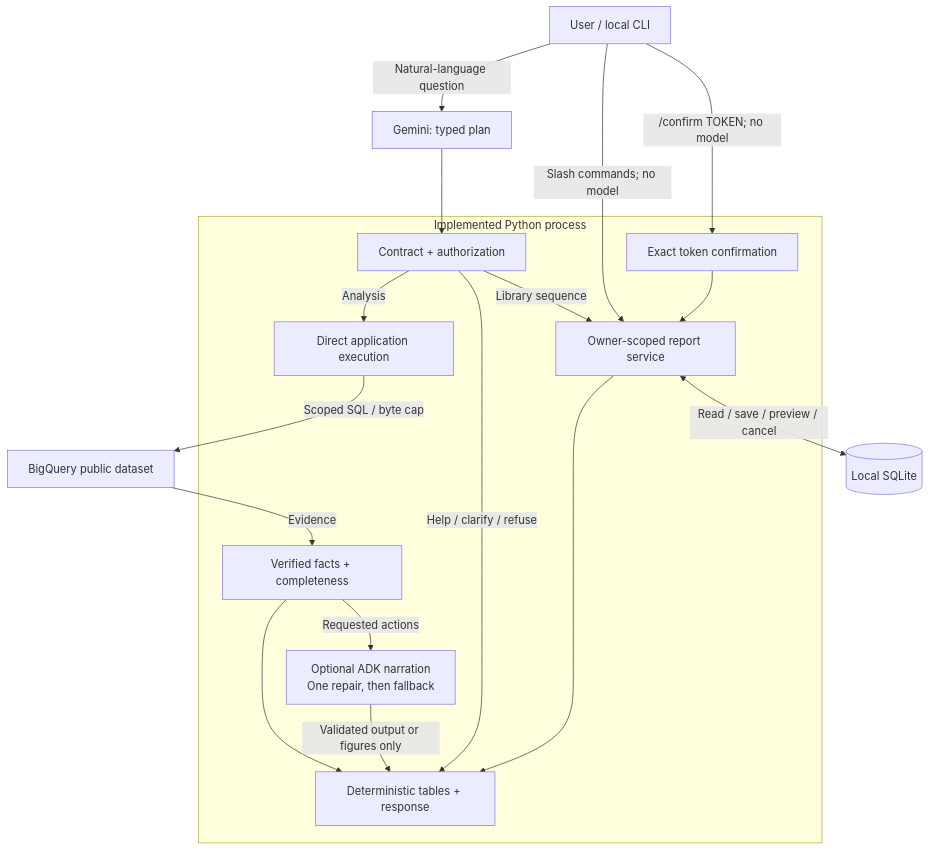
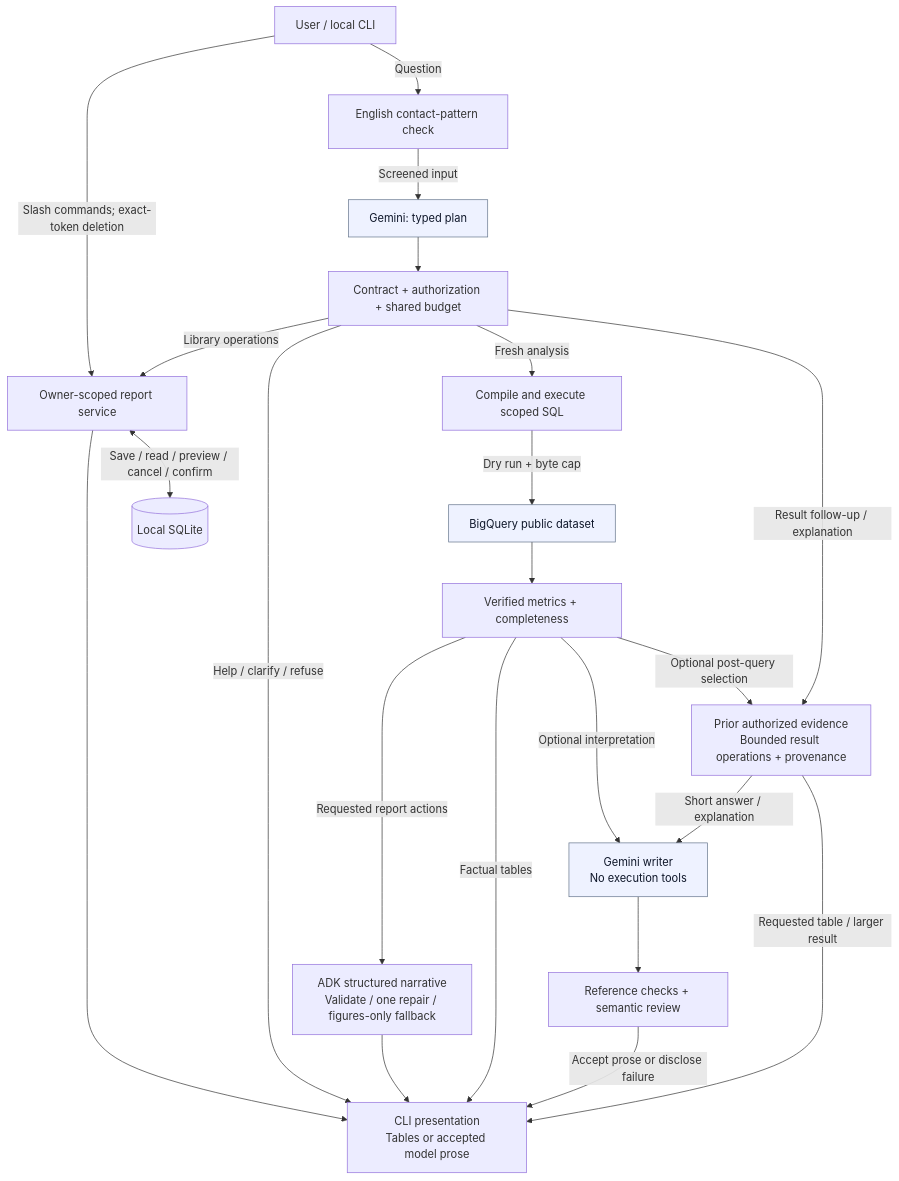
Before and after one commit to tymek100/opsfleet-task: the diagram in docs/diagrams/prototype.mmd, drawn with Mermaid. The commit also changed 524 other files, not shown here.

Commit message:
feat: add contextual follow-ups, verified explanations, and evaluated demo conversations

```diff
--- a/docs/diagrams/prototype.mmd
+++ b/docs/diagrams/prototype.mmd
@@ -1,25 +1,30 @@
 flowchart TB
-  user["User / local CLI"] -->|"Natural-language question"| plan["Gemini: typed plan"]
-  subgraph local["Implemented Python process"]
-    validate["Contract + authorization"]
-    execute["Direct application execution"]
-    facts["Verified facts + completeness"]
-    narrative["Optional ADK narration\nOne repair, then fallback"]
-    render["Deterministic tables + response"]
+  user["User / local CLI"] -->|"Question"| privacy["English contact-pattern check"]
+  privacy -->|"Screened input"| plan["Gemini: typed plan"]
+  plan --> validate["Contract + authorization + shared budget"]
+    execute["Compile and execute scoped SQL"]
+    context["Prior authorized evidence<br/>Bounded result operations + provenance"]
+    facts["Verified metrics + completeness"]
+    review["Reference checks + semantic review"]
+    render["CLI presentation<br/>Tables or accepted model prose"]
     library["Owner-scoped report service"]
-    confirm["Exact token confirmation"]
-  end
-  plan --> validate
-  validate -->|"Analysis"| execute
-  execute -->|"Scoped SQL / byte cap"| bq["BigQuery public dataset"]
-  bq -->|"Evidence"| facts
-  facts --> render
-  facts -->|"Requested actions"| narrative
-  narrative -->|"Validated output or figures only"| render
-  validate -->|"Library sequence"| library
+  validate -->|"Fresh analysis"| execute
+  execute -->|"Dry run + byte cap"| bq["BigQuery public dataset"]
+  bq --> facts
+  validate -->|"Result follow-up / explanation"| context
+  context -->|"Short answer / explanation"| writer["Gemini writer<br/>No execution tools"]
+  context -->|"Requested table / larger result"| render
+  writer --> review
+  review -->|"Accept prose or disclose failure"| render
+  facts -->|"Factual tables"| render
+  facts -->|"Optional post-query selection"| context
+  facts -->|"Requested report actions"| narrative["ADK structured narrative<br/>Validate / one repair / figures-only fallback"]
+  narrative --> render
+  facts -->|"Optional interpretation"| writer
+  validate -->|"Library operations"| library
   validate -->|"Help / clarify / refuse"| render
-  user -->|"Slash commands; no model"| library
-  user -->|"/confirm TOKEN; no model"| confirm
-  confirm --> library
-  library <-->|"Read / save / preview / cancel"| sqlite[("Local SQLite")]
+  user -->|"Slash commands; exact-token deletion"| library
+  library <-->|"Save / read / preview / cancel / confirm"| sqlite[("Local SQLite")]
   library --> render
+  classDef remote fill:#eef2ff,stroke:#64748b,color:#0f172a
+  class plan,writer,bq remote
```
